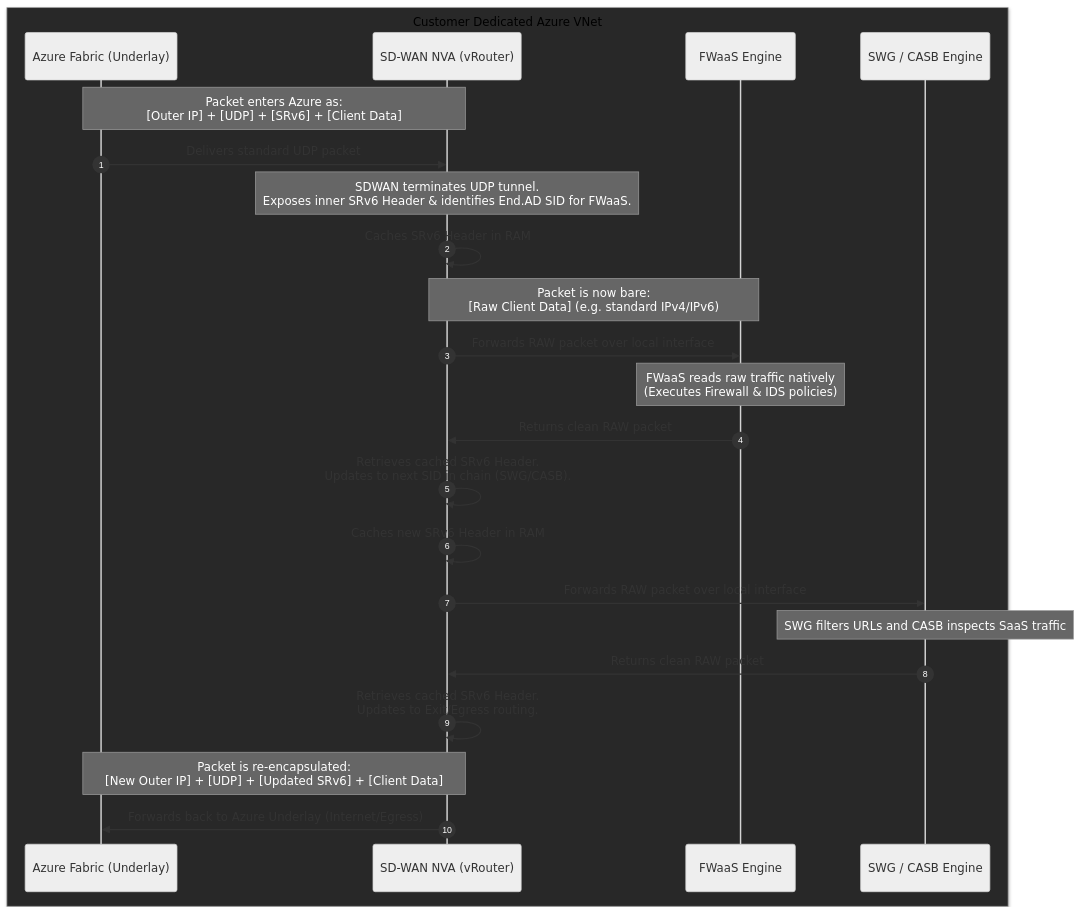
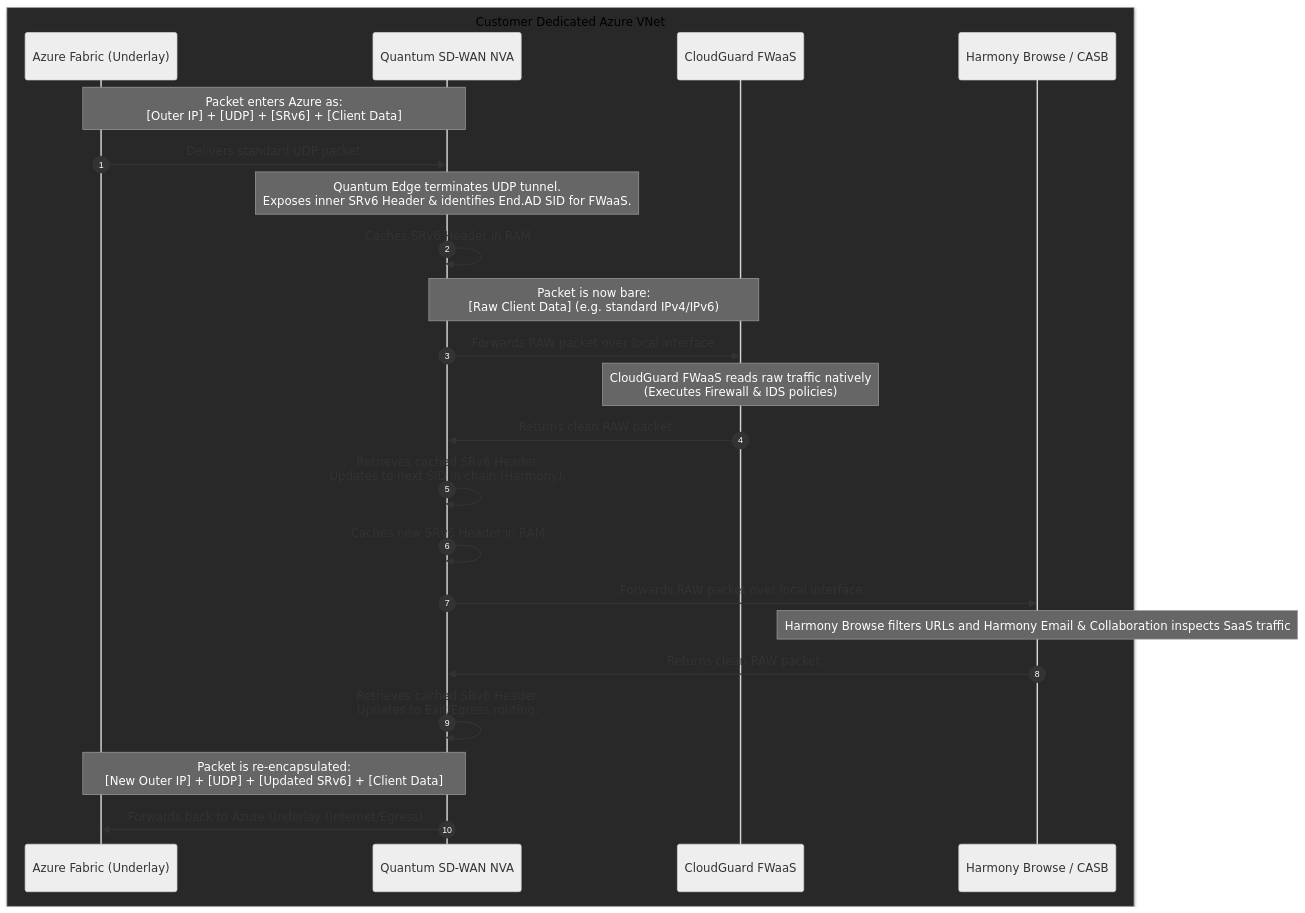
Before and after one commit to roie9876/SASE: diagram 11 of 11 in README.md, drawn with Mermaid (neutral theme). The commit also changed other lines of this file, not shown here.

Commit message:
Update SASE architecture models to refer directly to Check Point Harmony and CloudGuard product suite

````diff
--- a/README.md
+++ b/README.md
@@ -826,35 +826,35 @@
 ```mermaid
 sequenceDiagram
     autonumber
     
     box rgb(40,40,40) Customer Dedicated Azure VNet
         participant AZ as Azure Fabric (Underlay)
-        participant SDWAN as SD-WAN NVA (vRouter)
-        participant FWAAS as FWaaS Engine
-        participant SWG as SWG / CASB Engine
+        participant SDWAN as Quantum SD-WAN NVA
+        participant FWAAS as CloudGuard FWaaS
+        participant SWG as Harmony Browse / CASB
     end
 
     Note over AZ,SDWAN: Packet enters Azure as:<br/>[Outer IP] + [UDP] + [SRv6] + [Client Data]
     AZ->>SDWAN: Delivers standard UDP packet
     
-    Note over SDWAN: SDWAN terminates UDP tunnel.<br/>Exposes inner SRv6 Header & identifies End.AD SID for FWaaS.
+    Note over SDWAN: Quantum Edge terminates UDP tunnel.<br/>Exposes inner SRv6 Header & identifies End.AD SID for FWaaS.
     SDWAN->>SDWAN: Caches SRv6 Header in RAM
     
     Note over SDWAN,FWAAS: Packet is now bare:<br/>[Raw Client Data] (e.g. standard IPv4/IPv6)
     SDWAN->>FWAAS: Forwards RAW packet over local interface
     
-    Note over FWAAS: FWaaS reads raw traffic natively<br/>(Executes Firewall & IDS policies)
+    Note over FWAAS: CloudGuard FWaaS reads raw traffic natively<br/>(Executes Firewall & IDS policies)
     
     FWAAS->>SDWAN: Returns clean RAW packet
     
-    SDWAN->>SDWAN: Retrieves cached SRv6 Header.<br/>Updates to next SID in chain (SWG/CASB).
+    SDWAN->>SDWAN: Retrieves cached SRv6 Header.<br/>Updates to next SID in chain (Harmony).
     SDWAN->>SDWAN: Caches new SRv6 Header in RAM
     
     SDWAN->>SWG: Forwards RAW packet over local interface
-    Note over SWG: SWG filters URLs and CASB inspects SaaS traffic
+    Note over SWG: Harmony Browse filters URLs and Harmony Email & Collaboration inspects SaaS traffic
     SWG->>SDWAN: Returns clean RAW packet
     
     SDWAN->>SDWAN: Retrieves cached SRv6 Header.<br/>Updates to Exit/Egress routing.
     Note over SDWAN,AZ: Packet is re-encapsulated:<br/>[New Outer IP] + [UDP] + [Updated SRv6] + [Client Data]
     SDWAN->>AZ: Forwards back to Azure Underlay (Internet/Egress)
 ```
````
